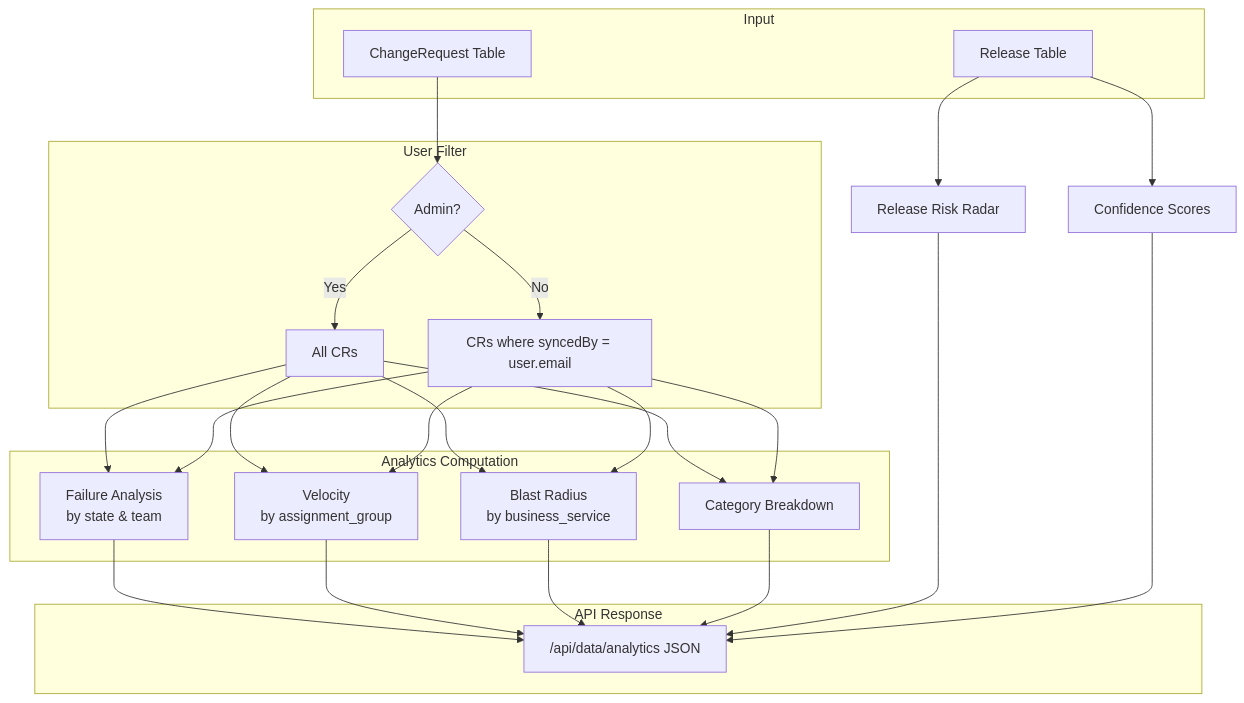
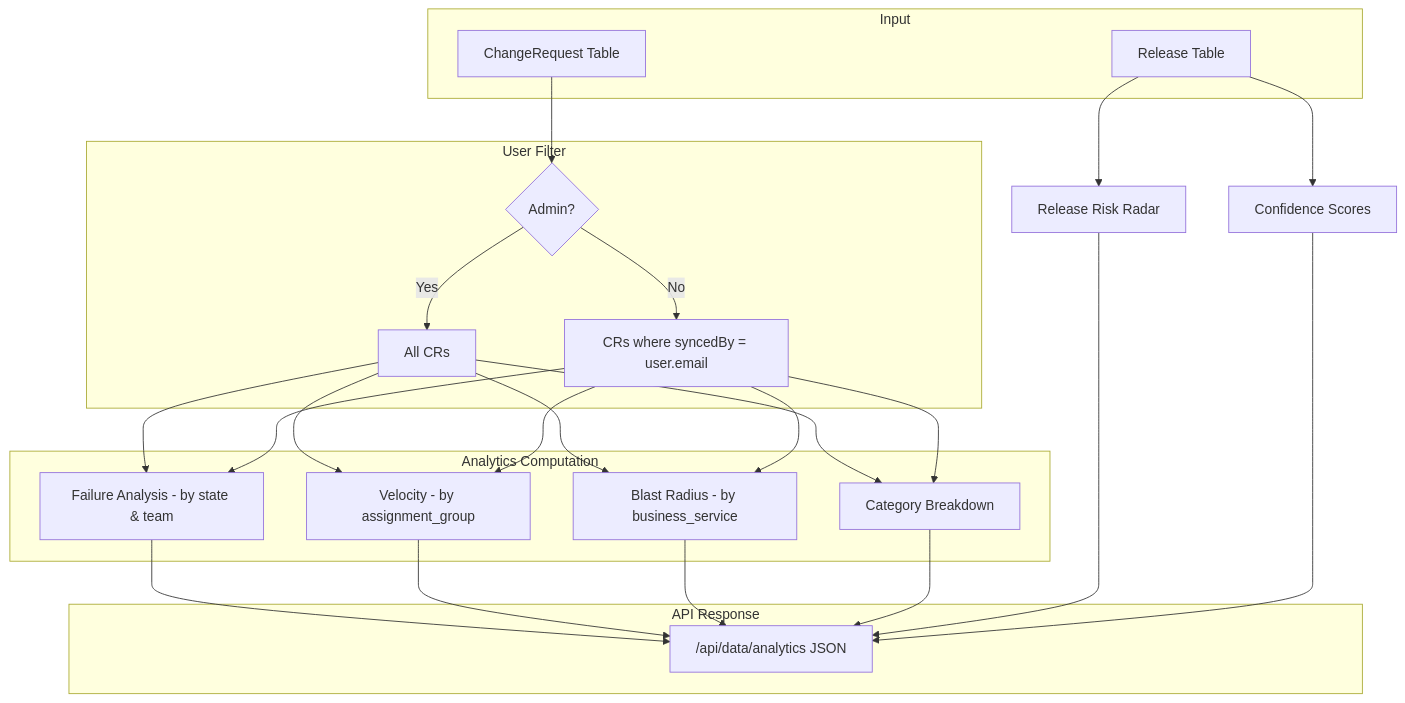
The third of 3 diagrams in docs/architecture/data-flow.md (jj-shen99/changefabric), drawn with Mermaid before and after one commit. The commit also changed 10 other files, not shown here.

First line of the commit message:
Fix Mermaid syntax errors, update all docs to v1.3.0

````diff
--- a/docs/architecture/data-flow.md
+++ b/docs/architecture/data-flow.md
@@ -84,32 +84,32 @@
 ```mermaid
 flowchart TD
     subgraph Input
         CR[ChangeRequest Table]
         REL[Release Table]
     end
 
     subgraph "User Filter"
         F{Admin?}
         F -->|Yes| ALL[All CRs]
         F -->|No| OWN["CRs where syncedBy = user.email"]
     end
 
     CR --> F
 
     subgraph Compute["Analytics Computation"]
-        FA[Failure Analysis<br/>by state & team]
-        VEL[Velocity<br/>by assignment_group]
-        BR[Blast Radius<br/>by business_service]
+        FA[Failure Analysis - by state & team]
+        VEL[Velocity - by assignment_group]
+        BR[Blast Radius - by business_service]
         CAT[Category Breakdown]
     end
 
     ALL --> FA & VEL & BR & CAT
     OWN --> FA & VEL & BR & CAT
     REL --> RR[Release Risk Radar] & CS[Confidence Scores]
 
     subgraph Output["API Response"]
         JSON["/api/data/analytics JSON"]
     end
 
     FA & VEL & BR & CAT & RR & CS --> JSON
 ```
````
